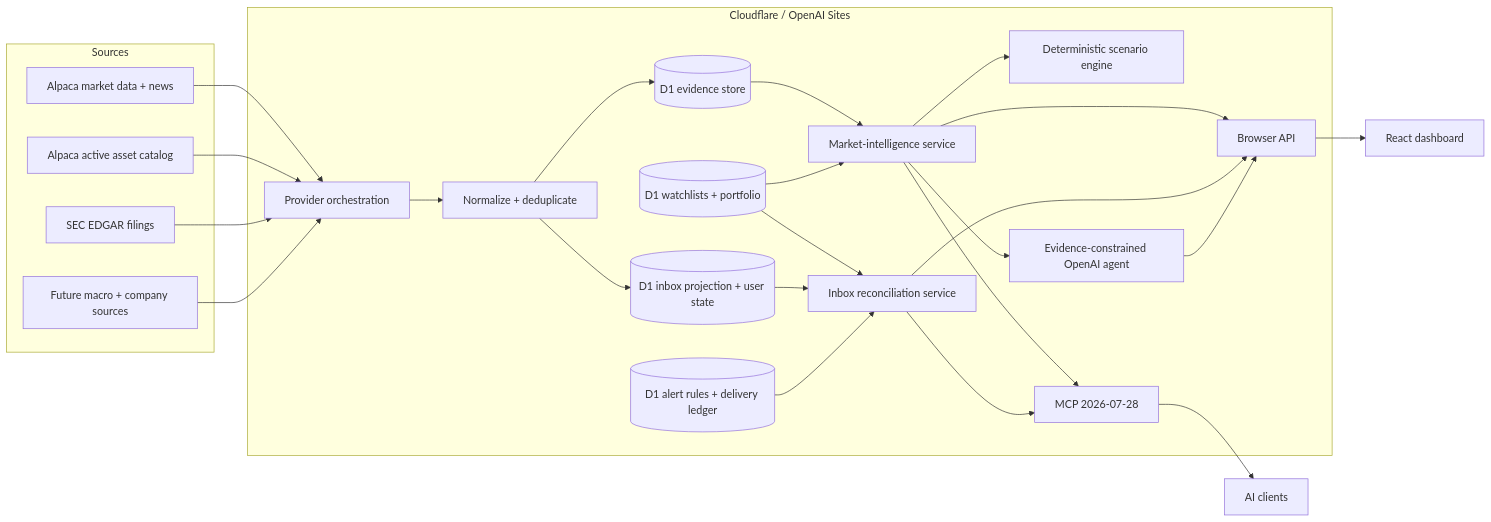
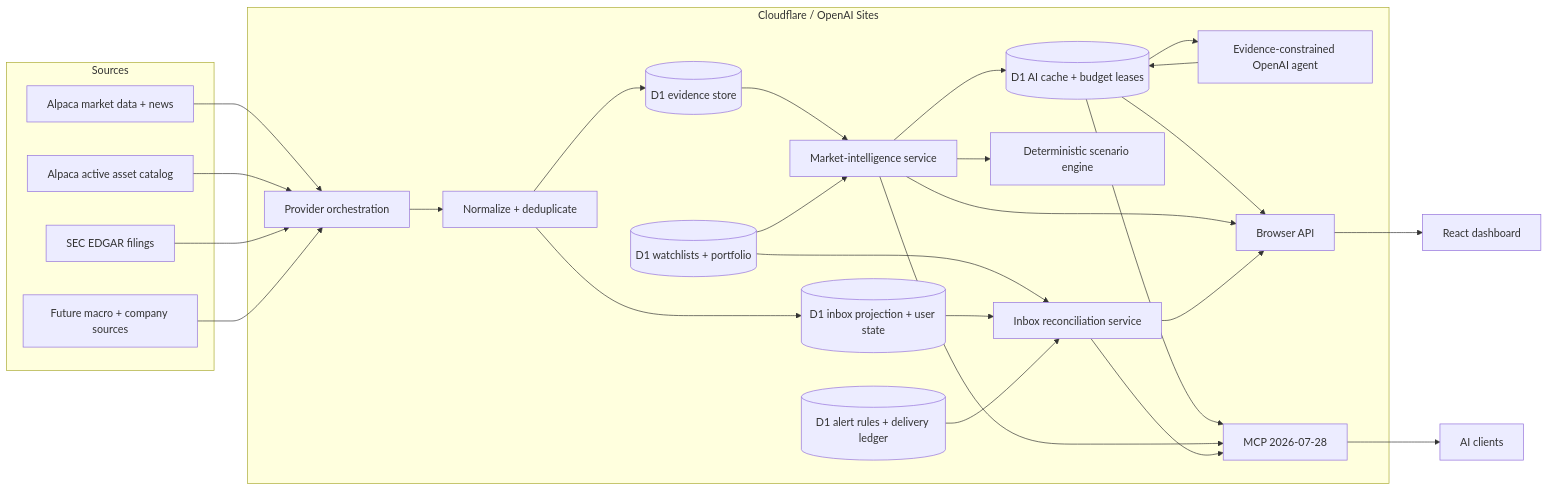
One commit to jonxsong/Omnigaze changed the diagram in docs/architecture.md. Above: the diagram before and after it, drawn with Mermaid. The commit also changed other lines of this file and 34 other files, not shown here.

````diff
--- a/docs/architecture.md
+++ b/docs/architecture.md
@@ -5,46 +5,50 @@
 ```mermaid
 flowchart LR
   subgraph Sources
     Alpaca[Alpaca market data + news]
     Assets[Alpaca active asset catalog]
     SEC[SEC EDGAR filings]
     Future[Future macro + company sources]
   end
 
   subgraph Edge[Cloudflare / OpenAI Sites]
     Ingest[Provider orchestration]
     Normalize[Normalize + deduplicate]
     D1[(D1 evidence store)]
     Portfolio[(D1 watchlists + portfolio)]
     Inbox[(D1 inbox projection + user state)]
     Alerts[(D1 alert rules + delivery ledger)]
     Domain[Market-intelligence service]
     InboxService[Inbox reconciliation service]
     Scenarios[Deterministic scenario engine]
+    AIGuard[(D1 AI cache + budget leases)]
     Agent[Evidence-constrained OpenAI agent]
     API[Browser API]
     MCP[MCP 2026-07-28]
   end
 
   UI[React dashboard]
   Clients[AI clients]
 
   Alpaca --> Ingest
   Assets --> Ingest
   SEC --> Ingest
   Future --> Ingest
   Ingest --> Normalize --> D1
   Normalize --> Inbox
   Portfolio --> InboxService
   Inbox --> InboxService
   Alerts --> InboxService
   D1 --> Domain
   Portfolio --> Domain
   Domain --> Scenarios
-  Domain --> Agent
+  Domain --> AIGuard
+  AIGuard --> Agent
+  Agent --> AIGuard
+  AIGuard --> API
+  AIGuard --> MCP
   Domain --> API --> UI
   InboxService --> API
-  Agent --> API
   Domain --> MCP --> Clients
   InboxService --> MCP
 ```
````
